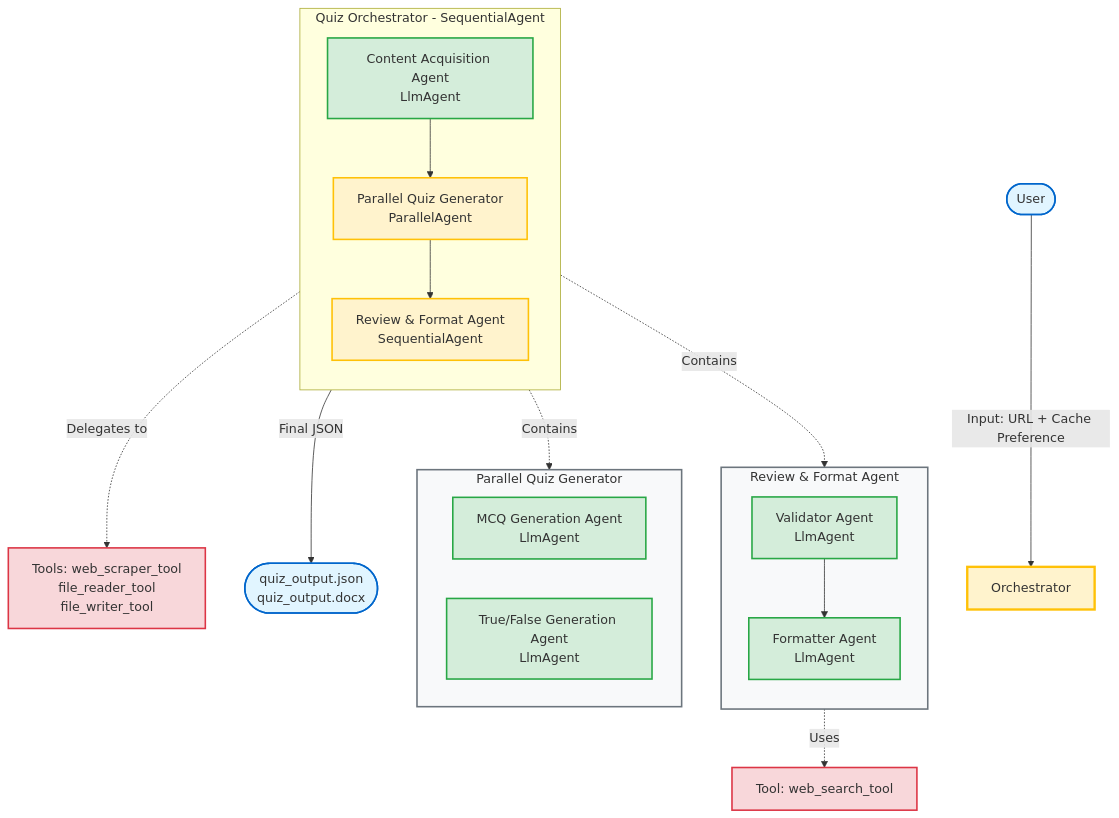
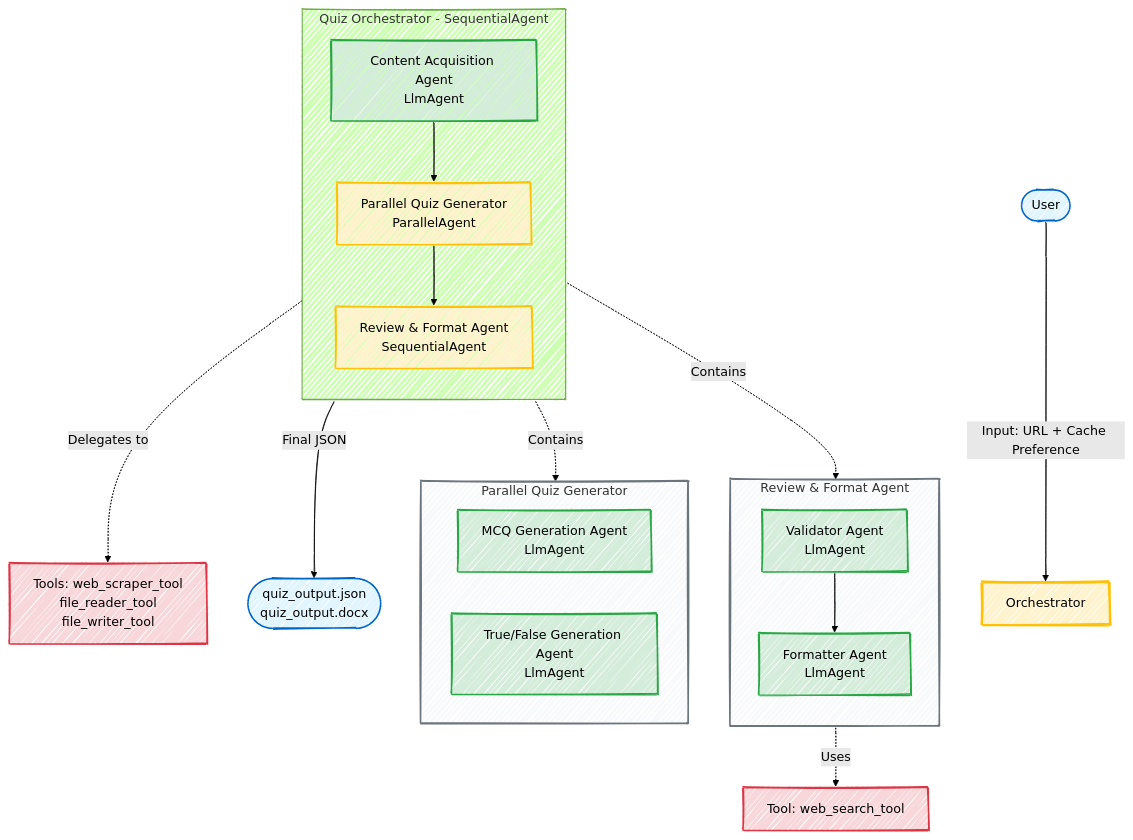
One commit to saatvikbhola/agentic-ai- changed the diagram in google-ADK-quiz-generator/diagrams/diagram.md. Above: the diagram before and after it, drawn with Mermaid.

````diff
--- a/google-ADK-quiz-generator/diagrams/diagram.md
+++ b/google-ADK-quiz-generator/diagrams/diagram.md
@@ -1,50 +1,48 @@
 ```mermaid
+---
+config:
+  look: handDrawn
+  theme: forest
+---
 graph TB
     User([User]) -->|Input: URL + Cache Preference| Orchestrator
-    
     subgraph QuizOrchestrator [Quiz Orchestrator - SequentialAgent]
         direction TB
         Agent1[Content Acquisition Agent<br/>LlmAgent]
         Agent2[Parallel Quiz Generator<br/>ParallelAgent]
         Agent3[Review & Format Agent<br/>SequentialAgent]
-        
         Agent1 --> Agent2
         Agent2 --> Agent3
     end
-    
     subgraph ParallelQuizGen [Parallel Quiz Generator]
         direction LR
         MCQ[MCQ Generation Agent<br/>LlmAgent]
         TF[True/False Generation Agent<br/>LlmAgent]
     end
-    
     subgraph ReviewFormat [Review & Format Agent]
         direction TB
         Validator[Validator Agent<br/>LlmAgent]
         Formatter[Formatter Agent<br/>LlmAgent]
-        
         Validator --> Formatter
     end
-    
     Agent1 -.->|Delegates to| Tools1[Tools: web_scraper_tool<br/>file_reader_tool<br/>file_writer_tool]
     Agent2 -.->|Contains| ParallelQuizGen
     Agent3 -.->|Contains| ReviewFormat
     Validator -.->|Uses| Tools2[Tool: web_search_tool]
-    
     Agent3 -->|Final JSON| Output([quiz_output.json<br/>quiz_output.docx])
-    
     style User fill:#e1f5ff,stroke:#0066cc,stroke-width:2px
     style Output fill:#e1f5ff,stroke:#0066cc,stroke-width:2px
     style Orchestrator fill:#fff3cd,stroke:#ffc107,stroke-width:3px
     style Agent1 fill:#d4edda,stroke:#28a745,stroke-width:2px
     style Agent2 fill:#fff3cd,stroke:#ffc107,stroke-width:2px
     style Agent3 fill:#fff3cd,stroke:#ffc107,stroke-width:2px
     style ParallelQuizGen fill:#f8f9fa,stroke:#6c757d,stroke-width:2px
     style ReviewFormat fill:#f8f9fa,stroke:#6c757d,stroke-width:2px
     style MCQ fill:#d4edda,stroke:#28a745,stroke-width:2px
     style TF fill:#d4edda,stroke:#28a745,stroke-width:2px
     style Validator fill:#d4edda,stroke:#28a745,stroke-width:2px
     style Formatter fill:#d4edda,stroke:#28a745,stroke-width:2px
     style Tools1 fill:#f8d7da,stroke:#dc3545,stroke-width:2px
     style Tools2 fill:#f8d7da,stroke:#dc3545,stroke-width:2px
+
 ```
````
